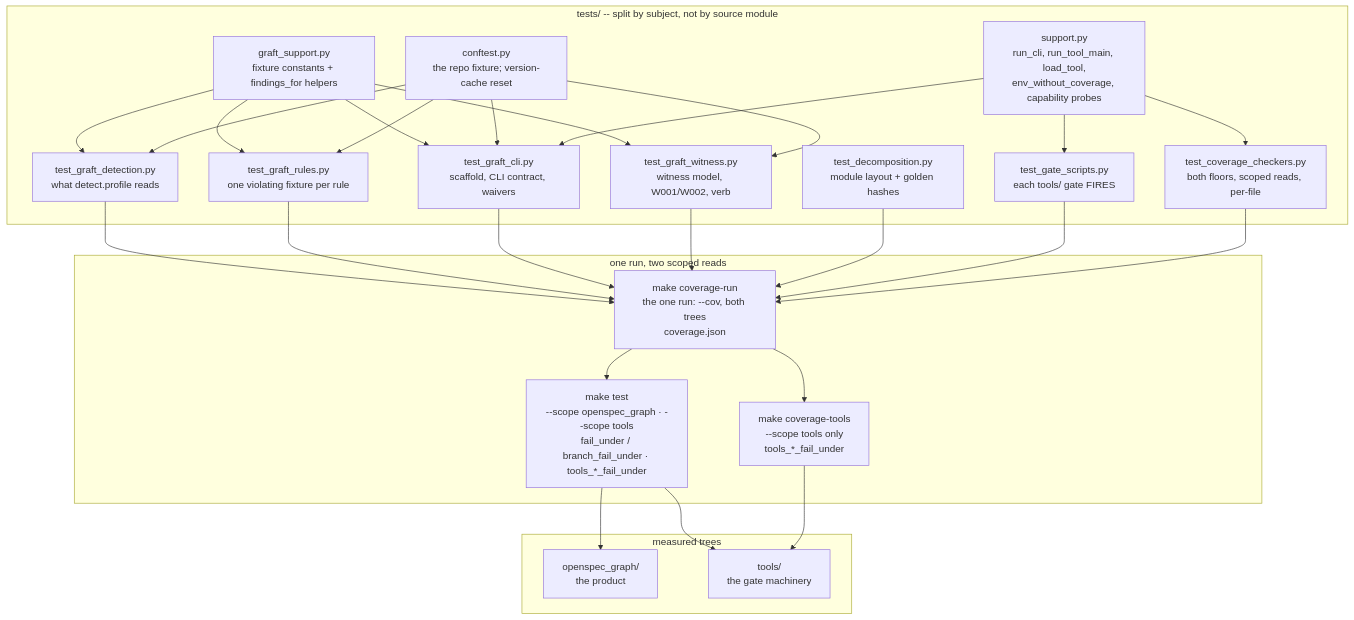
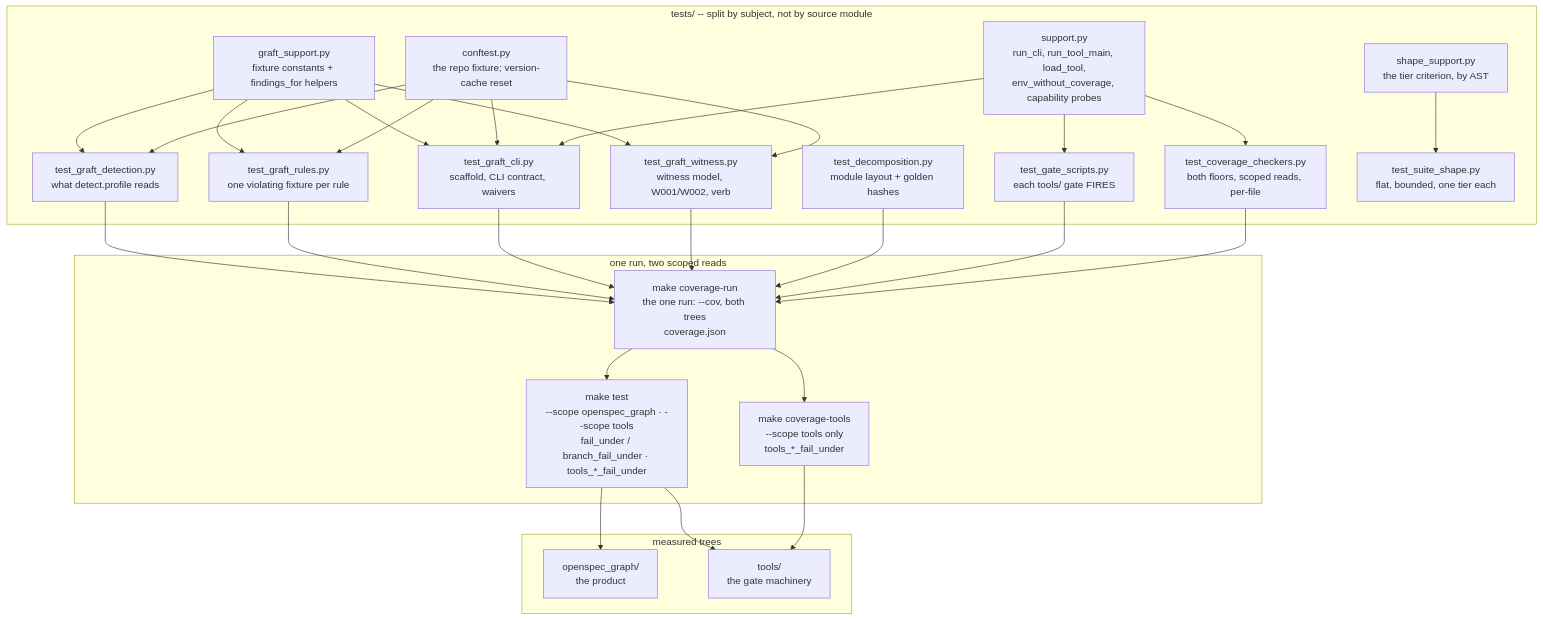
One commit to ianshank/planlint changed the fifth of 5 diagrams in docs/architecture/c4.md. Above: the diagram before and after it, drawn with Mermaid. The commit also changed other lines of this file and 65 other files, not shown here.

````diff
--- a/docs/architecture/c4.md
+++ b/docs/architecture/c4.md
@@ -206,33 +206,36 @@
 ```mermaid
 flowchart TD
     subgraph measured["measured trees"]
         pkg["openspec_graph/<br/>the product"]
         tools["tools/<br/>the gate machinery"]
     end
 
     subgraph suite["tests/ -- split by subject, not by source module"]
         support["support.py<br/>run_cli, run_tool_main, load_tool,<br/>env_without_coverage, capability probes"]
         graftsup["graft_support.py<br/>fixture constants + findings_for helpers"]
         conftest["conftest.py<br/>the repo fixture; version-cache reset"]
         detection["test_graft_detection.py<br/>what detect.profile reads"]
         rulestests["test_graft_rules.py<br/>one violating fixture per rule"]
         clitests["test_graft_cli.py<br/>scaffold, CLI contract, waivers"]
         witnesstests["test_graft_witness.py<br/>witness model, W001/W002, verb"]
         gatetests["test_gate_scripts.py<br/>each tools/ gate FIRES"]
         checkers["test_coverage_checkers.py<br/>both floors, scoped reads, per-file"]
         decomp["test_decomposition.py<br/>module layout + golden hashes"]
+        shapesup["shape_support.py<br/>the tier criterion, by AST"]
+        shape["test_suite_shape.py<br/>flat, bounded, one tier each"]
     end
 
     subgraph gates["one run, two scoped reads"]
         covrun["make coverage-run<br/>the one run: --cov, both trees<br/>coverage.json"]
         mktest["make test<br/>--scope openspec_graph · --scope tools<br/>fail_under / branch_fail_under · tools_*_fail_under"]
         mkcov["make coverage-tools<br/>--scope tools only<br/>tools_*_fail_under"]
     end
 
     graftsup --> detection & rulestests & clitests & witnesstests
     conftest --> detection & rulestests & clitests & witnesstests
     support --> gatetests & checkers & clitests
+    shapesup --> shape
     detection & rulestests & clitests & witnesstests & decomp & gatetests & checkers --> covrun
     covrun --> mktest --> pkg & tools
     covrun --> mkcov --> tools
 ```
````
